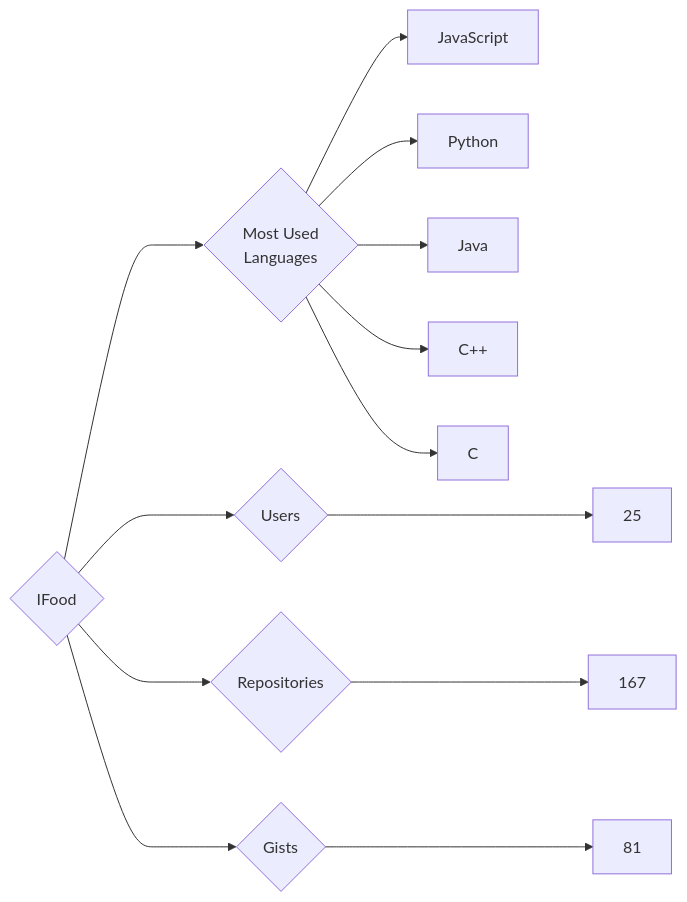
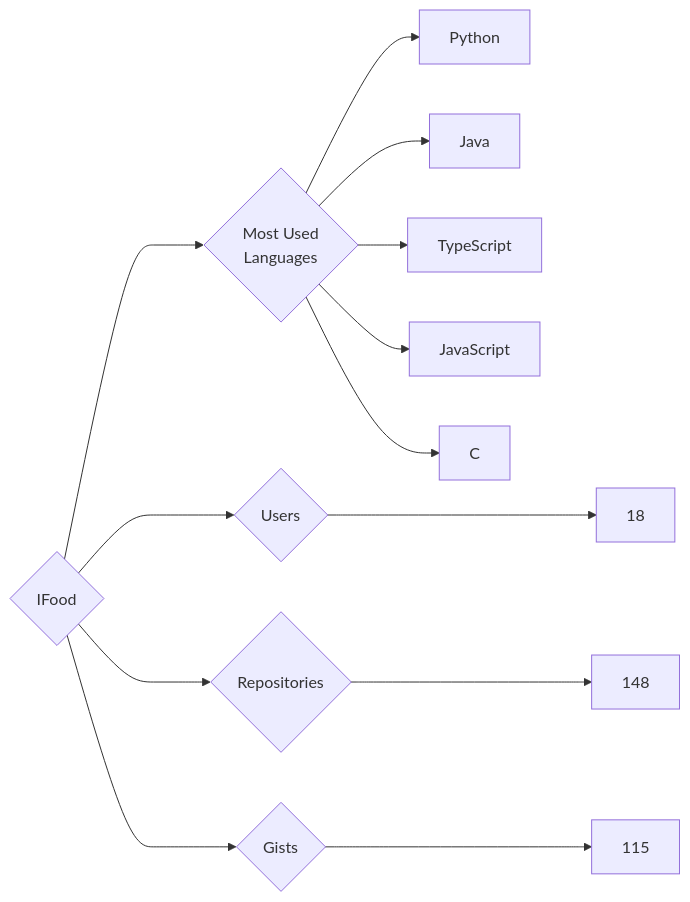
One commit to trickest/insiders changed the diagram in targets/IFood/README.md. Above: the diagram before and after it, drawn with Mermaid. The commit also changed 636 other files, not shown here.

````diff
--- a/targets/IFood/README.md
+++ b/targets/IFood/README.md
@@ -3,13 +3,13 @@
 ```mermaid
 graph LR
 COMPANY_NAME{IFood}
-COMPANY_NAME ---> U{Users} ---> UN[25]
-COMPANY_NAME ---> R{Repositories} ---> RN[167]
-COMPANY_NAME ---> G{Gists} ---> GN[81]
+COMPANY_NAME ---> U{Users} ---> UN[18]
+COMPANY_NAME ---> R{Repositories} ---> RN[148]
+COMPANY_NAME ---> G{Gists} ---> GN[115]
 COMPANY_NAME ---> ML{Most Used<br>Languages}
-ML --> JavaScript[JavaScript]
 ML --> Python[Python]
 ML --> Java[Java]
-ML --> C++[C++]
+ML --> TypeScript[TypeScript]
+ML --> JavaScript[JavaScript]
 ML --> C[C]
 ```
````
